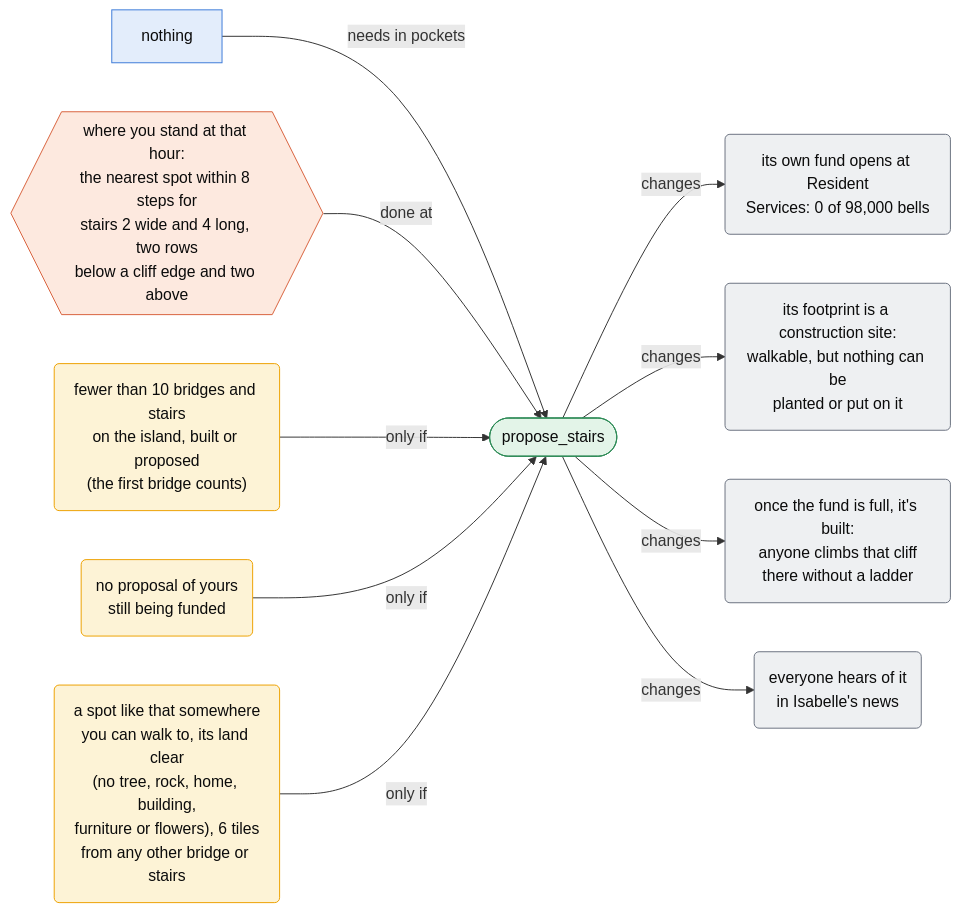
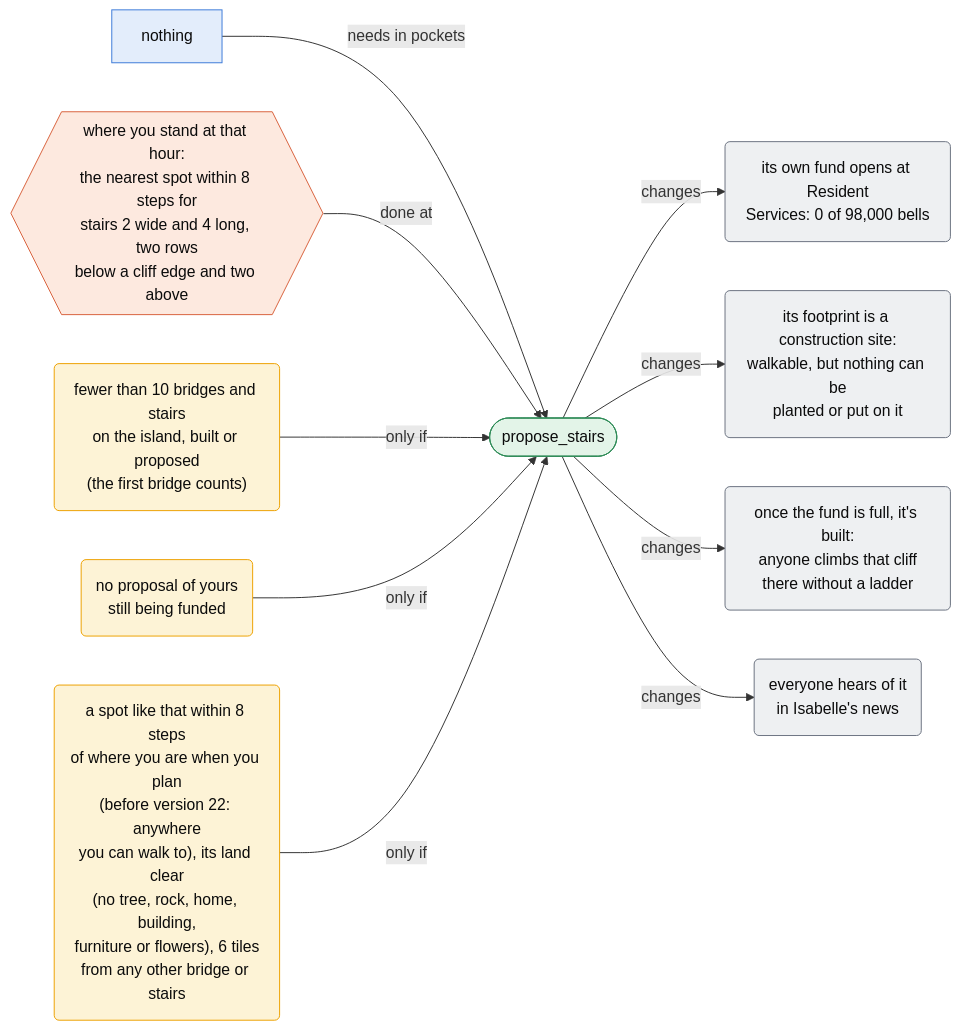
Before and after one commit to harjonillo/multiagent-island: diagram 13 of 42 in docs/actions.md, drawn with Mermaid. The commit also changed other lines of this file and 47 other files, not shown here.

````diff
--- a/docs/actions.md
+++ b/docs/actions.md
@@ -643,25 +651,25 @@
 ```mermaid
 flowchart LR
     classDef act fill:#e3f4e8,stroke:#2e8b57,color:#0b0b0b
     classDef item fill:#e3edfb,stroke:#3d7bd9,color:#0b0b0b
     classDef place fill:#fde9df,stroke:#d9623d,color:#0b0b0b
     classDef cond fill:#fdf3d6,stroke:#eda100,color:#0b0b0b
     classDef gain fill:#dff3f1,stroke:#1a8a7d,color:#0b0b0b
     classDef spend fill:#fbe3e8,stroke:#c0396b,color:#0b0b0b
     classDef change fill:#eef0f2,stroke:#6b7280,color:#0b0b0b
     A(["propose_stairs"])
     It0["nothing"] -- "needs in pockets" --> A
     Pl0{{"where you stand at that hour:<br/>the nearest spot within 8 steps for<br/>stairs 2 wide and 4 long, two rows<br/>below a cliff edge and two above"}} -- "done at" --> A
     Co0("fewer than 10 bridges and stairs<br/>on the island, built or proposed<br/>(the first bridge counts)") -- "only if" --> A
     Co1("no proposal of yours<br/>still being funded") -- "only if" --> A
-    Co2("a spot like that somewhere<br/>you can walk to, its land clear<br/>(no tree, rock, home, building,<br/>furniture or flowers), 6 tiles<br/>from any other bridge or stairs") -- "only if" --> A
+    Co2("a spot like that within 8 steps<br/>of where you are when you plan<br/>(before version 22: anywhere<br/>you can walk to), its land clear<br/>(no tree, rock, home, building,<br/>furniture or flowers), 6 tiles<br/>from any other bridge or stairs") -- "only if" --> A
     A -- "changes" --> Ch0("its own fund opens at Resident<br/>Services: 0 of 98,000 bells")
     A -- "changes" --> Ch1("its footprint is a construction site:<br/>walkable, but nothing can be<br/>planted or put on it")
     A -- "changes" --> Ch2("once the fund is full, it's built:<br/>anyone climbs that cliff<br/>there without a ladder")
     A -- "changes" --> Ch3("everyone hears of it<br/>in Isabelle's news")
     class A act
     class It0 item
     class Pl0 place
     class Co0,Co1,Co2 cond
     class Ch0,Ch1,Ch2,Ch3 change
 ```
````
